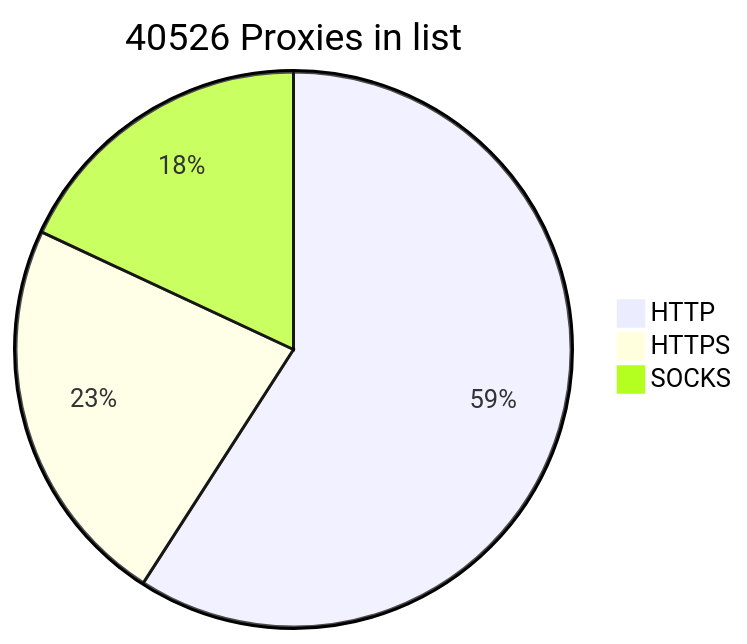
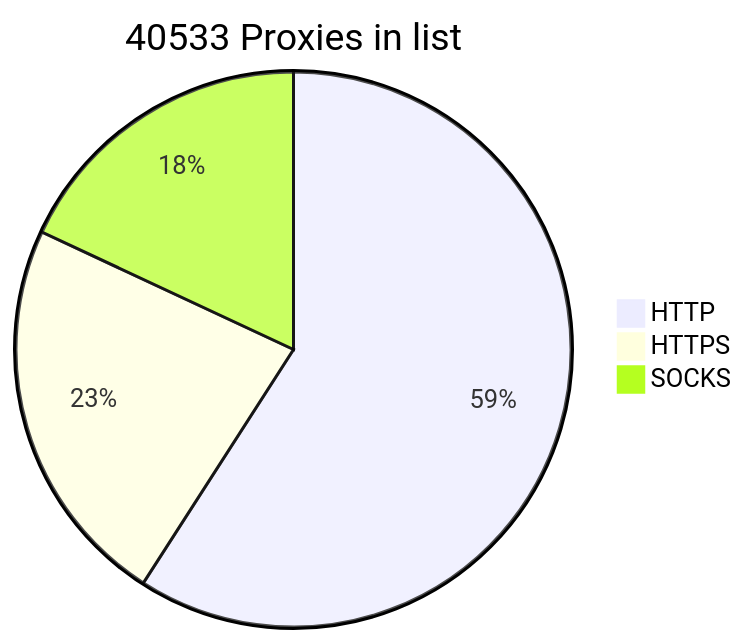
The diagram in README.md (BlackSnowDot/proxylist-update-every-minute), drawn with Mermaid before and after one commit.

````diff
--- a/README.md
+++ b/README.md
@@ -2,6 +2,6 @@
 ```mermaid
-pie title 40526 Proxies in list
-    "HTTP" : 28216
-    "HTTPS": 10908
+pie title 40533 Proxies in list
+    "HTTP" : 28219
+    "HTTPS": 10914
     "SOCKS" : 8619
 ```
````
